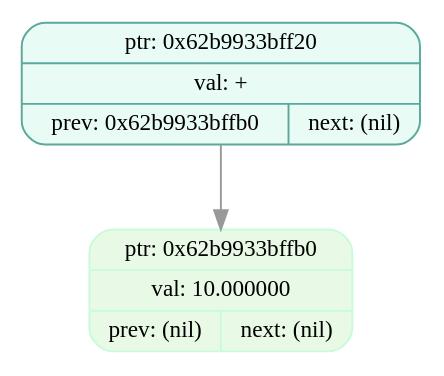
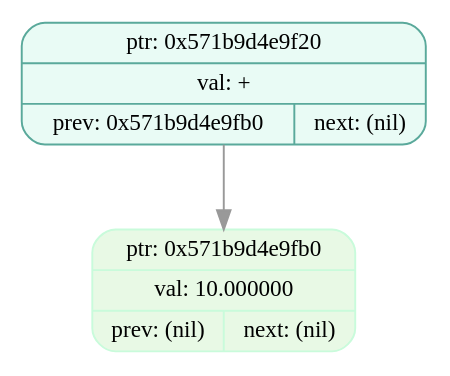
Before and after one commit to EvilTomato9890/Difference: the diagram in dumps/tree_dump_001.dot, drawn with Graphviz. The commit also changed 37 other files, not shown here.

```diff
--- a/dumps/tree_dump_001.dot
+++ b/dumps/tree_dump_001.dot
@@ -1,7 +1,7 @@
 digraph T{
   node [fontname="Fira Mono",shape=record,style="filled,rounded",fontsize=12];
   graph [splines=true, nodesep=0.6, ranksep=0.6];
-  node_0x62b9933bff20[shape=record,label="{ {ptr: 0x62b9933bff20} | {val: +} | { prev: 0x62b9933bffb0 | next: (nil) } }",color="#5aa99b",fillcolor="#e9fbf5"];
-  node_0x62b9933bffb0[shape=record,label="{ {ptr: 0x62b9933bffb0} | {val: 10.000000} | { prev: (nil) | next: (nil) } }",color="#c9fbdbff",fillcolor="#e8f9e5ff"];
-  node_0x62b9933bff20 -> node_0x62b9933bffb0 [color="#999999"];
+  node_0x571b9d4e9f20[shape=record,label="{ {ptr: 0x571b9d4e9f20} | {val: +} | { prev: 0x571b9d4e9fb0 | next: (nil) } }",color="#5aa99b",fillcolor="#e9fbf5"];
+  node_0x571b9d4e9fb0[shape=record,label="{ {ptr: 0x571b9d4e9fb0} | {val: 10.000000} | { prev: (nil) | next: (nil) } }",color="#c9fbdbff",fillcolor="#e8f9e5ff"];
+  node_0x571b9d4e9f20 -> node_0x571b9d4e9fb0 [color="#999999"];
 }
```
